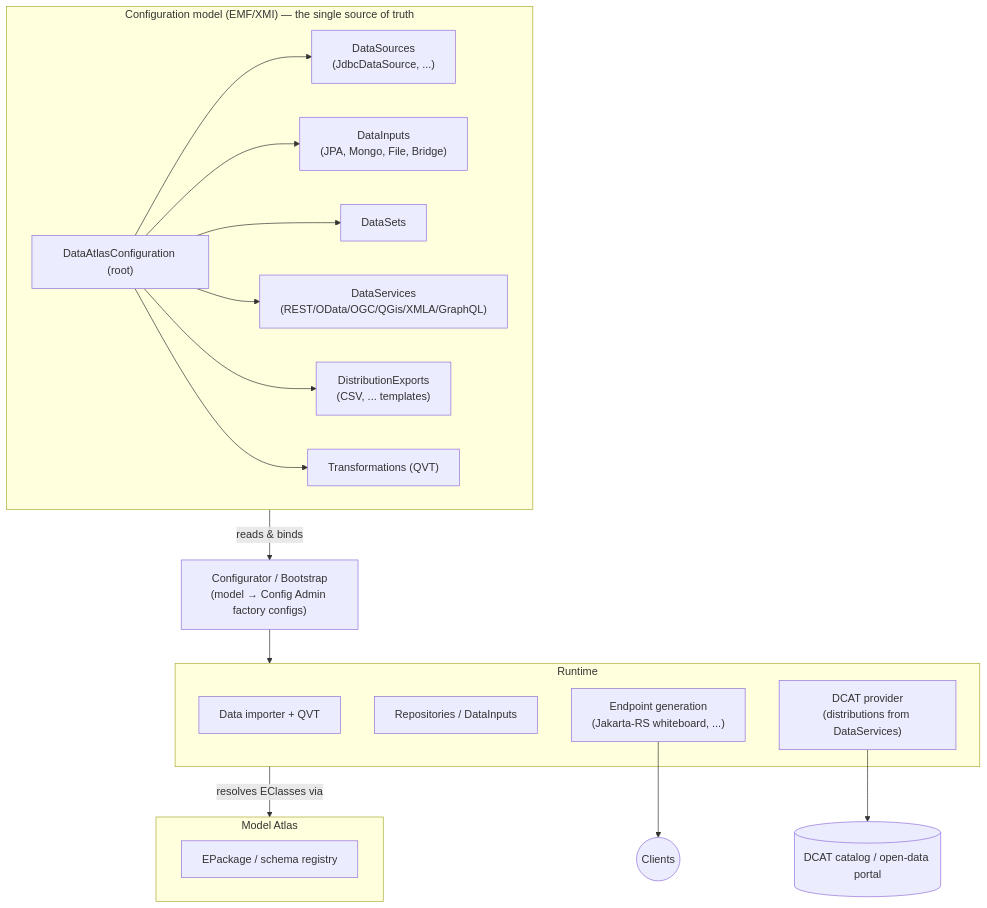
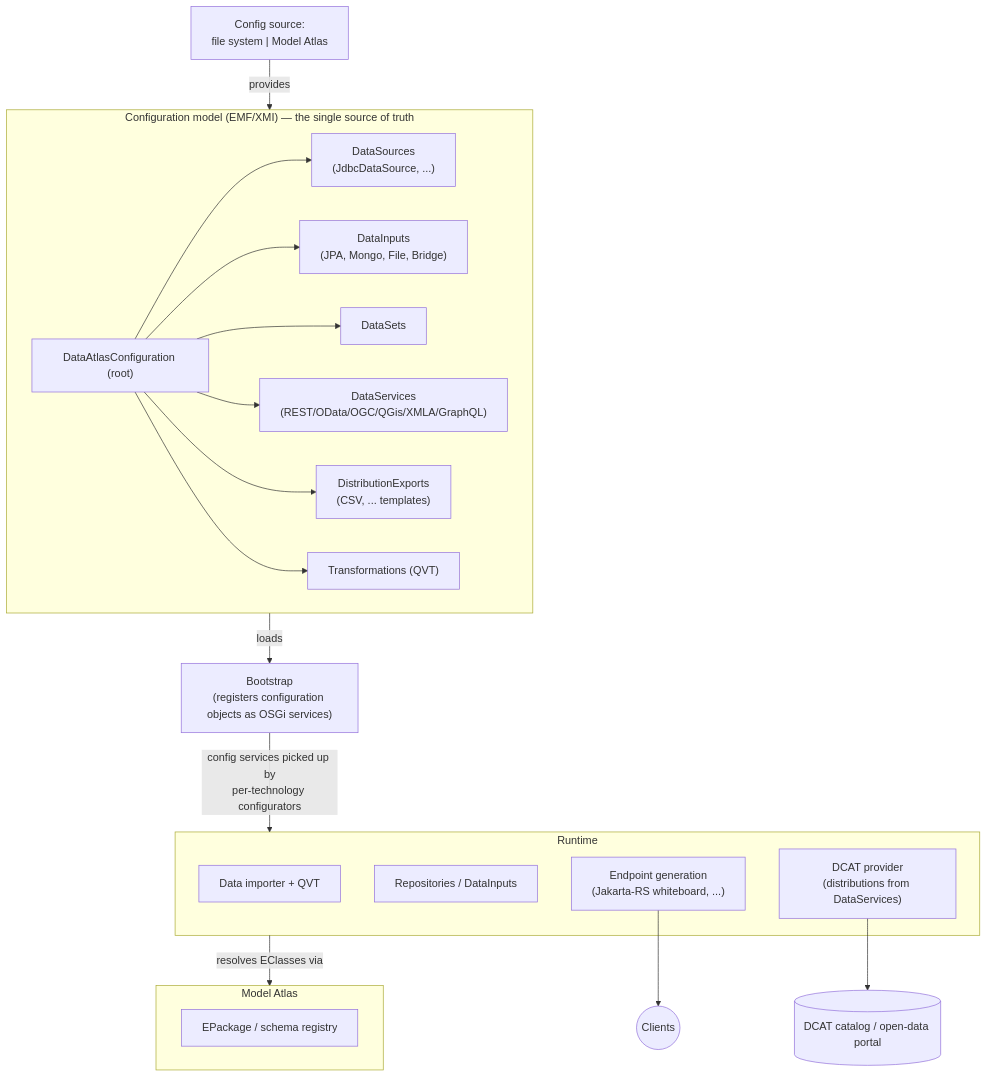
Before and after one commit to eclipse-fennec/data.atlas: the diagram in docs/architecture.md, drawn with Mermaid. The commit also changed other lines of this file and 2 other files, not shown here.

First line of the commit message:
Add the roadmap and align the architecture doc with the two config modes

````diff
--- a/docs/architecture.md
+++ b/docs/architecture.md
@@ -22,31 +32,32 @@
 ```mermaid
 flowchart TB
     subgraph CONFIG["Configuration model (EMF/XMI) — the single source of truth"]
         ROOT["DataAtlasConfiguration (root)"]
         DS["DataSources<br/>(JdbcDataSource, ...)"]
         IN["DataInputs<br/>(JPA, Mongo, File, Bridge)"]
         SET["DataSets"]
         SVC["DataServices<br/>(REST/OData/OGC/QGis/XMLA/GraphQL)"]
         EXP["DistributionExports<br/>(CSV, ... templates)"]
         TRAFO["Transformations (QVT)"]
         ROOT --> DS & IN & SET & SVC & EXP & TRAFO
     end
 
-    CONFIG -->|reads & binds| BOOT["Configurator / Bootstrap<br/>(model → Config Admin factory configs)"]
+    SRC["Config source:<br/>file system | Model Atlas"] -->|provides| CONFIG
+    CONFIG -->|loads| BOOT["Bootstrap<br/>(registers configuration objects as OSGi services)"]
 
-    BOOT --> RT
+    BOOT -->|config services picked up by<br/>per-technology configurators| RT
     subgraph RT["Runtime"]
         IMP["Data importer + QVT"]
         REPO["Repositories / DataInputs"]
         REST["Endpoint generation<br/>(Jakarta-RS whiteboard, ...)"]
         DCAT["DCAT provider<br/>(distributions from DataServices)"]
     end
 
     subgraph MA["Model Atlas"]
         EPKG["EPackage / schema registry"]
     end
 
     RT -->|resolves EClasses via| MA
     DCAT --> CAT[("DCAT catalog / open-data portal")]
     REST --> CLIENTS(("Clients"))
 ```
````
